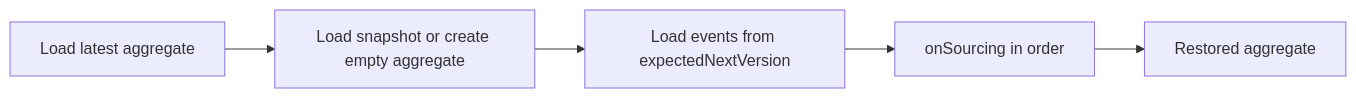
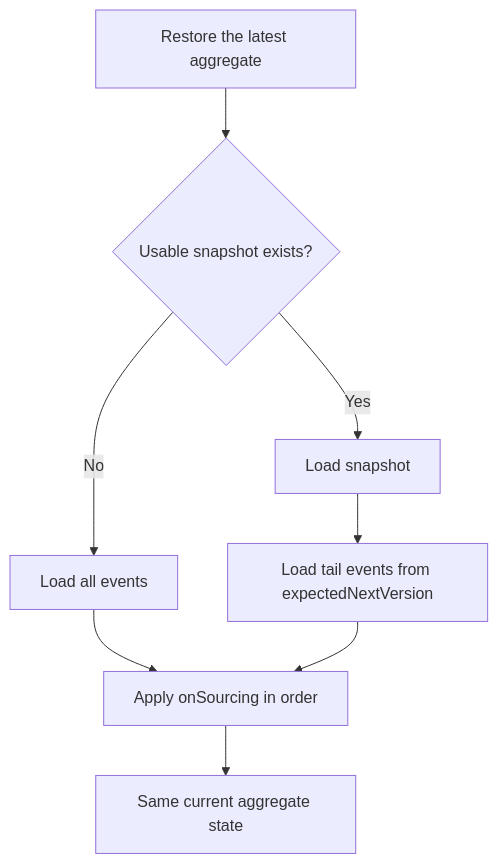
The diagram in documentation/docs/en/guide/domain/snapshot.md (Ahoo-Wang/Wow), drawn with Mermaid before and after one commit. The commit also changed 9 other files, not shown here.

Commit message:
docs: add domain model diagrams

````diff
--- a/documentation/docs/en/guide/domain/snapshot.md
+++ b/documentation/docs/en/guide/domain/snapshot.md
@@ -19,7 +19,10 @@
 ```mermaid
-flowchart LR
-    Load[Load latest aggregate] --> Snapshot[Load snapshot or create empty aggregate]
-    Snapshot --> Events[Load events from expectedNextVersion]
-    Events --> Source[onSourcing in order]
-    Source --> Ready[Restored aggregate]
+flowchart TB
+    Target["Restore the latest aggregate"] --> Choice{"Usable snapshot exists?"}
+    Choice -->|No| All["Load all events"]
+    Choice -->|Yes| Snapshot["Load snapshot"]
+    Snapshot --> Tail["Load tail events from expectedNextVersion"]
+    All --> Source["Apply onSourcing in order"]
+    Tail --> Source
+    Source --> Ready["Same current aggregate state"]
 ```
````
